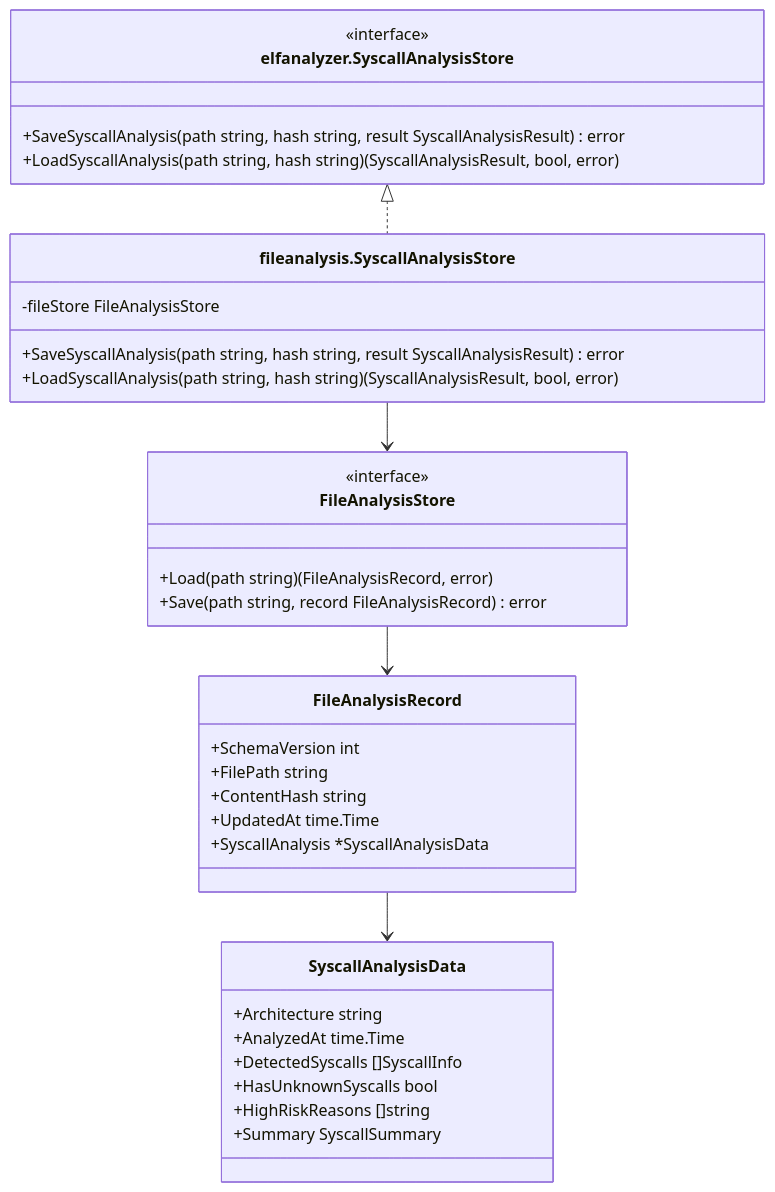
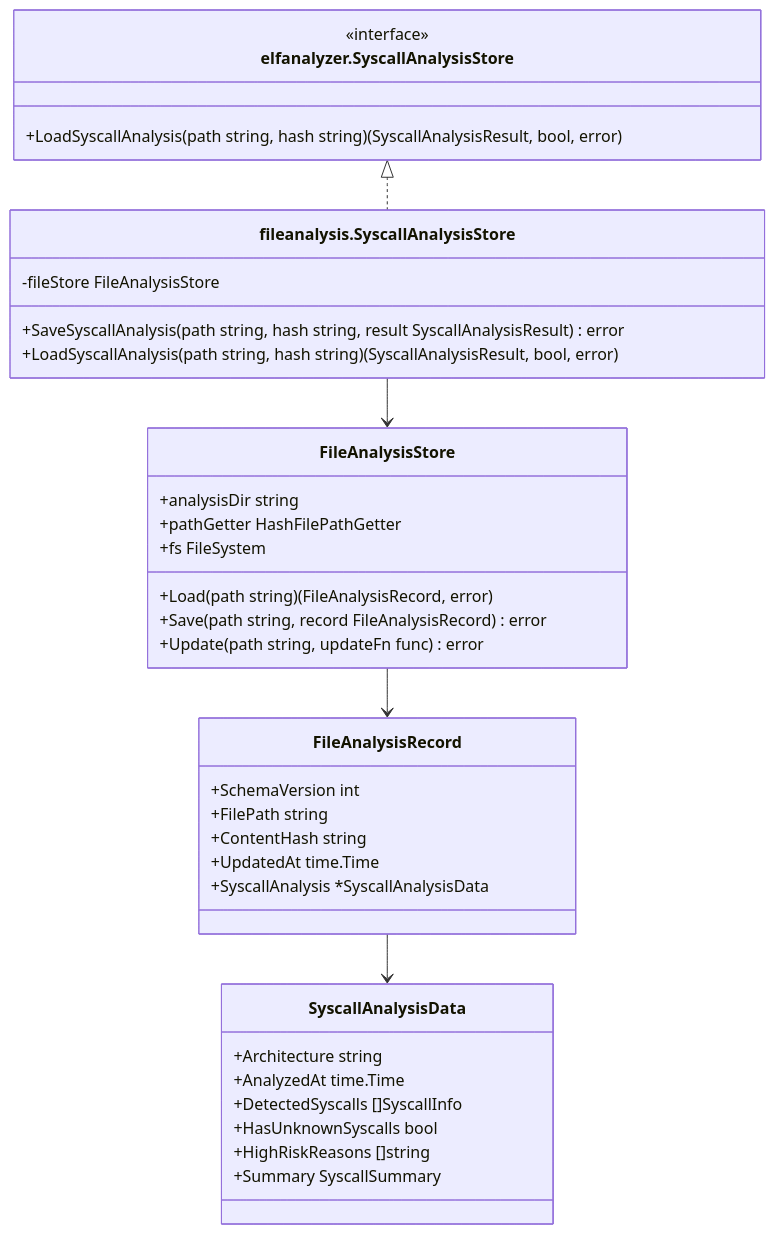
Before and after one commit to isseis/go-safe-cmd-runner: diagram 11 of 18 in docs/tasks/0070_elf_syscall_analysis/02_architecture.md, drawn with Mermaid. The commit also changed other lines of this file, not shown here.

Commit message:
docs(elfanalyzer): align SyscallAnalysisStore interface with spec
The architecture diagram incorrectly showed elfanalyzer.SyscallAnalysisStore
with both Save and Load methods. Per the detailed specification, the
elfanalyzer-side interface only needs LoadSyscallAnalysis since the
package only reads analysis results. Writing is done by the record
command using fileanalysis.SyscallAnalysisStore directly.

Also updated FileAnalysisStore to show it's a concrete struct with
its fields and Update method, rather than an interface.

````diff
--- a/docs/tasks/0070_elf_syscall_analysis/02_architecture.md
+++ b/docs/tasks/0070_elf_syscall_analysis/02_architecture.md
@@ -390,42 +390,44 @@
 ```mermaid
 classDiagram
     class elfanalyzer.SyscallAnalysisStore {
         <<interface>>
-        +SaveSyscallAnalysis(path string, hash string, result SyscallAnalysisResult) error
         +LoadSyscallAnalysis(path string, hash string) (SyscallAnalysisResult, bool, error)
     }
 
     class fileanalysis.SyscallAnalysisStore {
         -fileStore FileAnalysisStore
         +SaveSyscallAnalysis(path string, hash string, result SyscallAnalysisResult) error
         +LoadSyscallAnalysis(path string, hash string) (SyscallAnalysisResult, bool, error)
     }
 
     class FileAnalysisStore {
-        <<interface>>
+        +analysisDir string
+        +pathGetter HashFilePathGetter
+        +fs FileSystem
         +Load(path string) (FileAnalysisRecord, error)
         +Save(path string, record FileAnalysisRecord) error
+        +Update(path string, updateFn func) error
     }
 
     class FileAnalysisRecord {
         +SchemaVersion int
         +FilePath string
         +ContentHash string
         +UpdatedAt time.Time
         +SyscallAnalysis *SyscallAnalysisData
     }
 
     class SyscallAnalysisData {
         +Architecture string
         +AnalyzedAt time.Time
         +DetectedSyscalls []SyscallInfo
         +HasUnknownSyscalls bool
         +HighRiskReasons []string
         +Summary SyscallSummary
     }
 
     elfanalyzer.SyscallAnalysisStore <|.. fileanalysis.SyscallAnalysisStore
     fileanalysis.SyscallAnalysisStore --> FileAnalysisStore
     FileAnalysisStore --> FileAnalysisRecord
     FileAnalysisRecord --> SyscallAnalysisData
 ```
````
